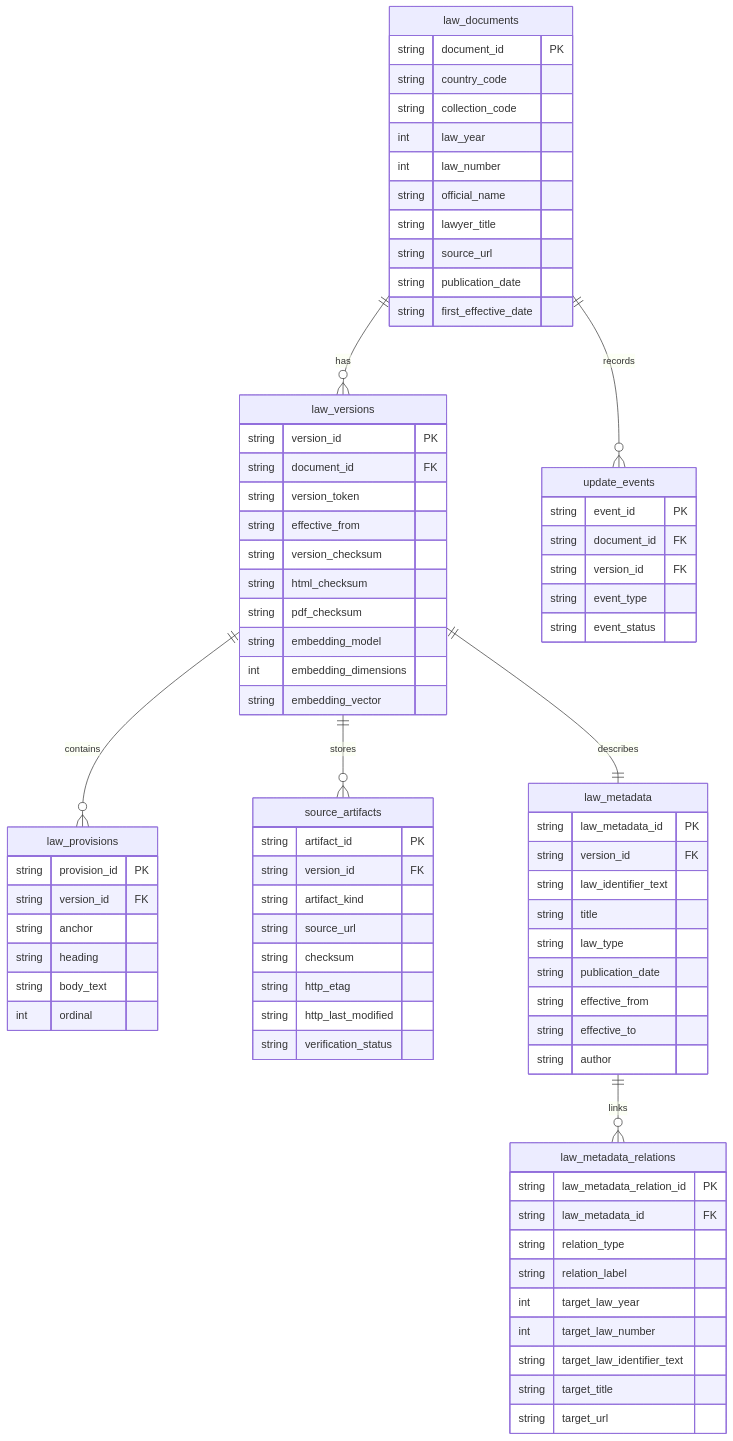
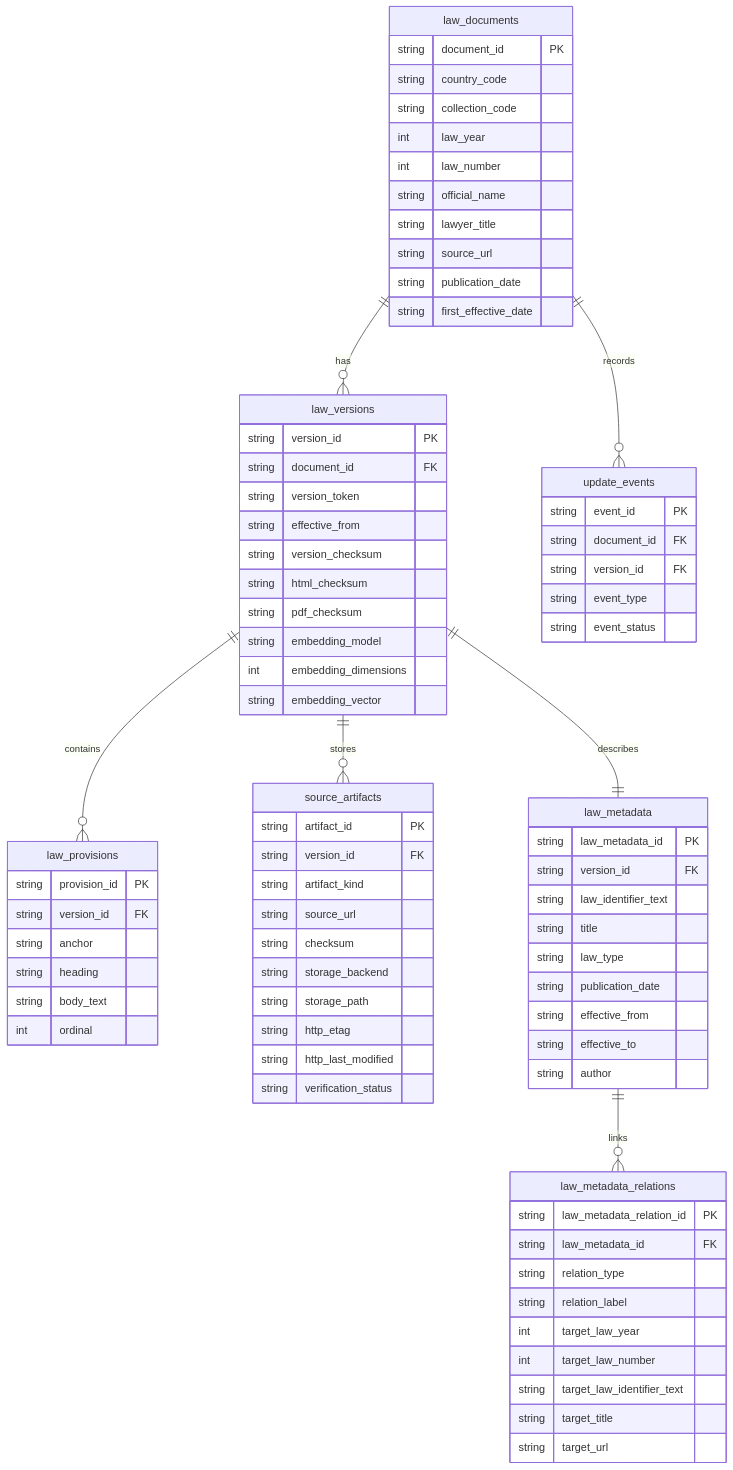
Before and after one commit to mmaideveloper/aijurisdictionagents: the third of 5 diagrams in docs/LAWS_COLLECTOR_ARCHITECTURE.md, drawn with Mermaid. The commit also changed other lines of this file and 42 other files, not shown here.

```diff
--- a/docs/LAWS_COLLECTOR_ARCHITECTURE.md
+++ b/docs/LAWS_COLLECTOR_ARCHITECTURE.md
@@ -277,6 +278,8 @@
         string artifact_kind
         string source_url
         string checksum
+        string storage_backend
+        string storage_path
         string http_etag
         string http_last_modified
         string verification_status
```
